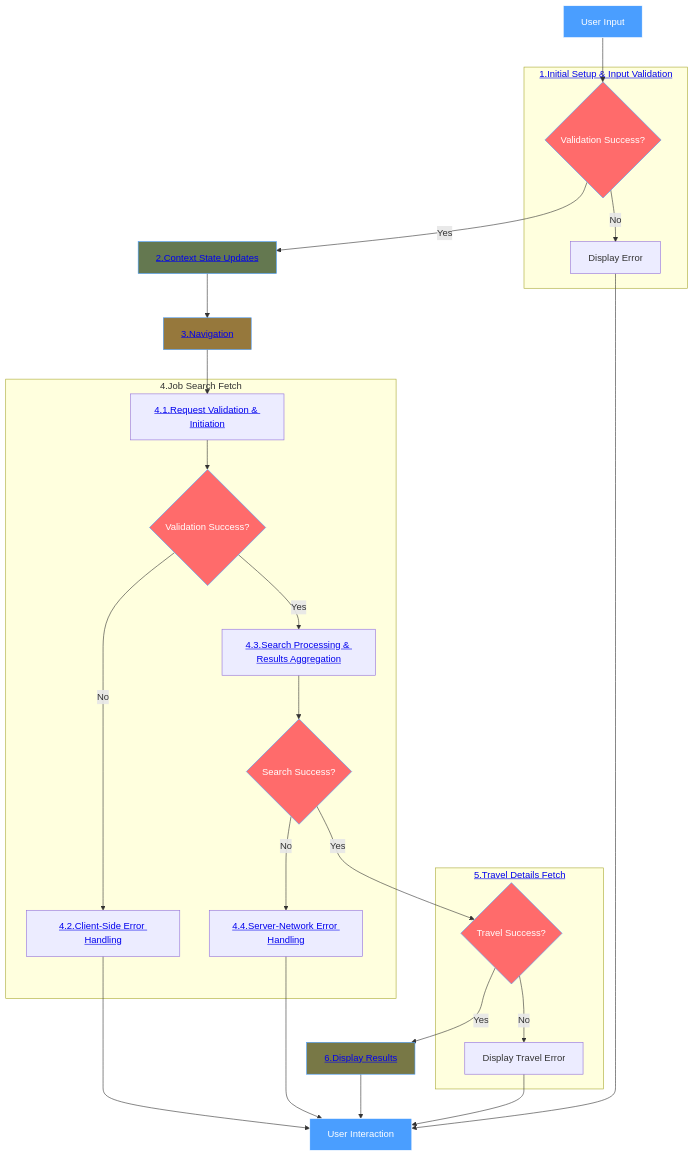
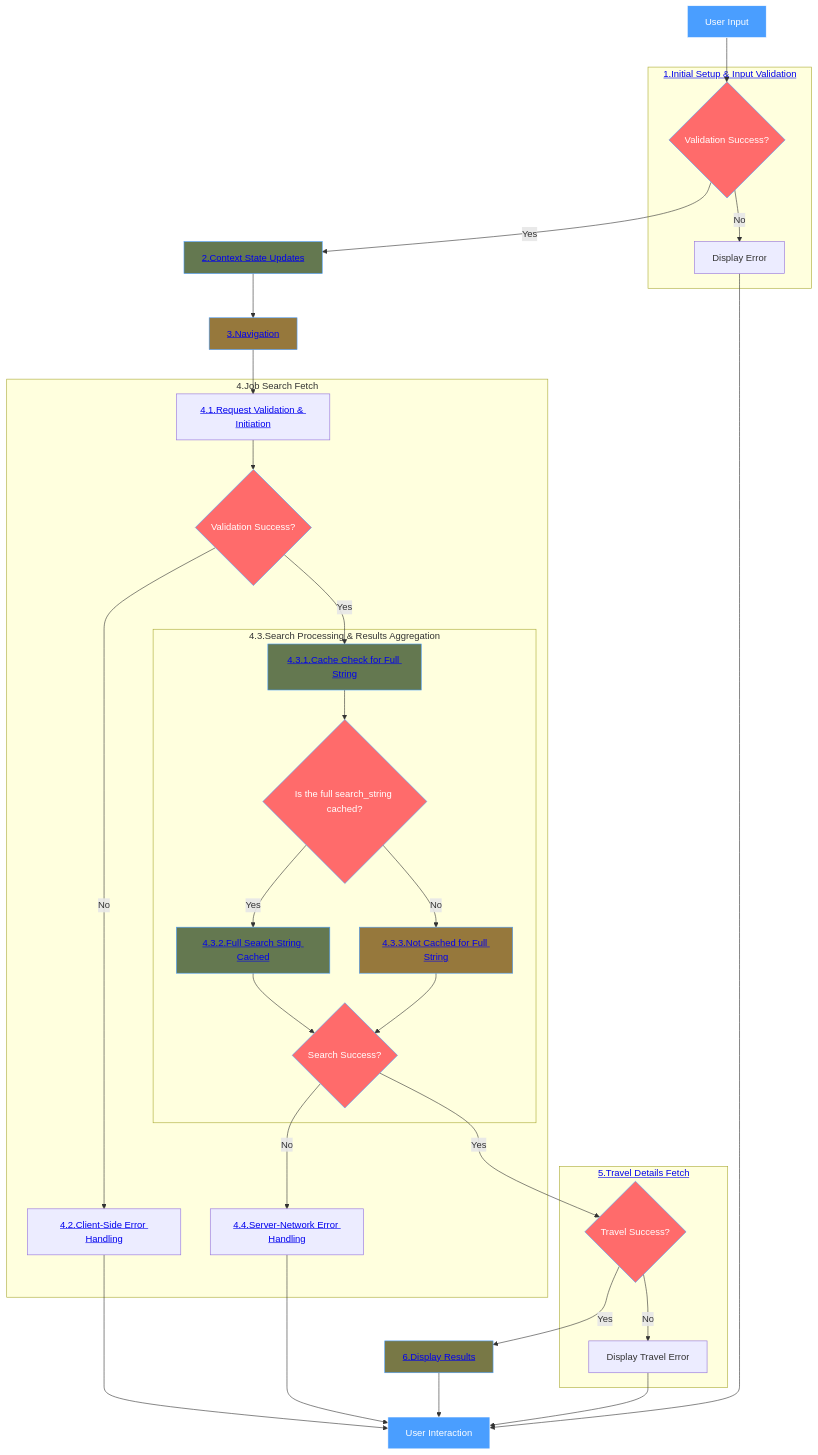
One commit to YahyaAl-Ademi/2025.10.23-JobCompass changed the diagram in documentation/jobFetch/_JobFetchFlowchart.md. Above: the diagram before and after it, drawn with Mermaid. The commit also changed 3 other files, not shown here.

Commit message:
Add cache check and handling for full search string in job fetching flow

````diff
--- a/documentation/jobFetch/_JobFetchFlowchart.md
+++ b/documentation/jobFetch/_JobFetchFlowchart.md
@@ -1,37 +1,47 @@
 ```mermaid
 flowchart TD
     A[User Input] --> B{Validation Success?}
     subgraph Validation["<a href='./1.Initial%20Setup%20&%20Input%20Validation.md'>1.Initial Setup & Input Validation</a>"]
     B -->|No| C[Display Error]
     end
     B -->|Yes| D["<a href='./2.Context%20State%20Updates.md'>2.Context State Updates</a>"]
     D --> E["<a href='./3.Navigation.md'>3.Navigation</a>"]
     E --> F["<a href='./4.1.Request%20Validation%20&%20Initiation.md'>4.1.Request Validation & Initiation</a>"]
     subgraph JobSearch[4.Job Search Fetch]
     F --> G{Validation Success?}
     G -->|No| H["<a href='./4.2.Client-Side%20Error%20Handling.md'>4.2.Client-Side Error Handling</a>"]
     L -->|No| J["<a href='./4.4.Server-Network%20Error%20Handling.md'>4.4.Server-Network Error Handling</a>"]
-    G -->|Yes| K["<a href='./4.3.Search%20Processing%20&%20Results%20Aggregation.md'>4.3.Search Processing & Results Aggregation</a>"]
-    K --> L{Search Success?}
+    G -->|Yes| Q["<a href='./4.3.1.Cache%20Check%20for%20Full%20String.md'>4.3.1.Cache Check for Full String</a>"]
+    subgraph SearchProcessing["4.3.Search Processing & Results Aggregation"]
+    Q --> Q2{Is the full search_string cached?}
+    Q2 -->|Yes| R["<a href='./4.3.2.Full%20Search%20String%20Cached.md'>4.3.2.Full Search String Cached</a>"]
+    Q2 -->|No| S["<a href='./4.3.3.Not%20Cached%20for%20Full%20String.md'>4.3.3.Not Cached for Full String</a>"]
+    R --> L{Search Success?}
+    S --> L
+    end
     end
     H -->P[User Interaction]
     J -->P
     L -->|Yes| M{Travel Success?}
     subgraph TravelDetails["<a href='./5.Travel%20Details%20Fetch.md'>5.Travel Details Fetch</a>"]
     M -->|No| N[Display Travel Error]
     end
     M -->|Yes| O["<a href='./6.Display%20Results.md'>6.Display Results</a>"]
     O --> P[User Interaction]
     N --> P
     C --> P
 
     style A fill:#4a9eff,stroke:#fff,color:#fff
     style B fill:#ff6b6b,stroke:#4a9eff,color:#fff
     style D fill:#647850,stroke:#4a9eff,color:#fff
     style E fill:#96783c,stroke:#4a9eff,color:#fff
     style G fill:#ff6b6b,stroke:#4a9eff,color:#fff
+    style Q fill:#647850,stroke:#4a9eff,color:#fff
+    style Q2 fill:#ff6b6b,stroke:#4a9eff,color:#fff
+    style R fill:#647850,stroke:#4a9eff,color:#fff
+    style S fill:#96783c,stroke:#4a9eff,color:#fff
     style M fill:#ff6b6b,stroke:#4a9eff,color:#fff
     style O fill:#787846,stroke:#4a9eff,color:#fff
     style P fill:#4a9eff,stroke:#fff,color:#fff
     style L fill:#ff6b6b,stroke:#4a9eff,color:#fff
 ```
````
